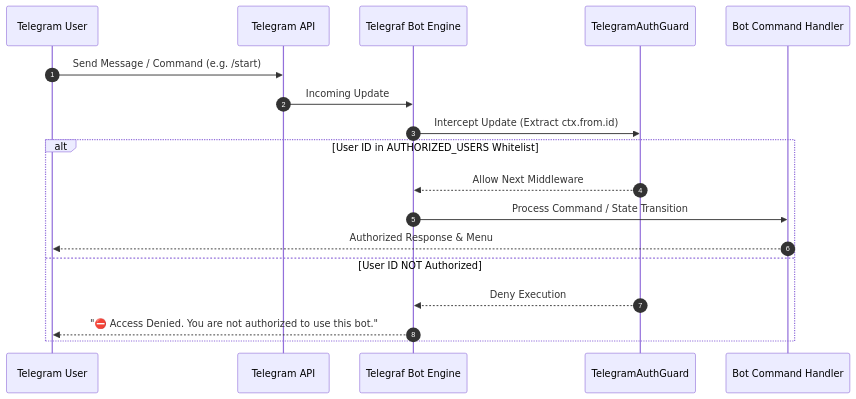
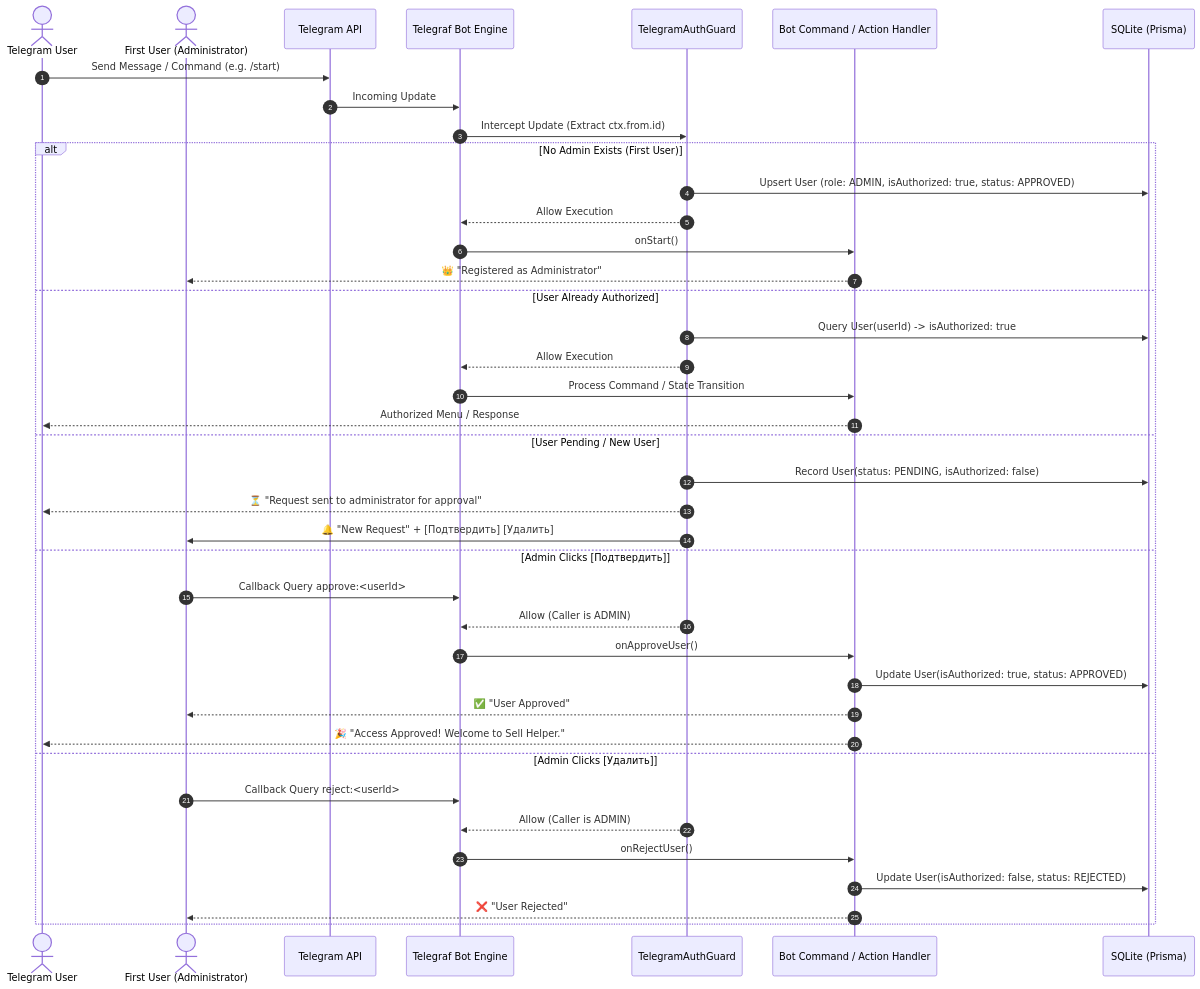
One commit to rokhlin/sell_helper changed the second of 3 diagrams in docs/system_architecture.md. Above: the diagram before and after it, drawn with Mermaid. The commit also changed other lines of this file and 10 other files, not shown here.

Commit message:
feat(telegram): implement dynamic first-admin bootstrapping and user approval flow (CR-001)

````diff
--- a/docs/system_architecture.md
+++ b/docs/system_architecture.md
@@ -57,21 +57,43 @@
 ```mermaid
 sequenceDiagram
     autonumber
-    participant U as Telegram User
+    actor U as Telegram User
+    actor Admin as First User (Administrator)
     participant TG as Telegram API
     participant Bot as Telegraf Bot Engine
     participant Guard as TelegramAuthGuard
-    participant Handler as Bot Command Handler
+    participant Handler as Bot Command / Action Handler
+    participant DB as SQLite (Prisma)
 
     U->>TG: Send Message / Command (e.g. /start)
     TG->>Bot: Incoming Update
     Bot->>Guard: Intercept Update (Extract ctx.from.id)
-    alt User ID in AUTHORIZED_USERS Whitelist
-        Guard-->>Bot: Allow Next Middleware
+    alt No Admin Exists (First User)
+        Guard->>DB: Upsert User (role: ADMIN, isAuthorized: true, status: APPROVED)
+        Guard-->>Bot: Allow Execution
+        Bot->>Handler: onStart()
+        Handler-->>Admin: 👑 "Registered as Administrator"
+    else User Already Authorized
+        Guard->>DB: Query User(userId) -> isAuthorized: true
+        Guard-->>Bot: Allow Execution
         Bot->>Handler: Process Command / State Transition
-        Handler-->>U: Authorized Response & Menu
-    else User ID NOT Authorized
-        Guard-->>Bot: Deny Execution
-        Bot-->>U: "⛔ Access Denied. You are not authorized to use this bot."
+        Handler-->>U: Authorized Menu / Response
+    else User Pending / New User
+        Guard->>DB: Record User(status: PENDING, isAuthorized: false)
+        Guard-->>U: ⏳ "Request sent to administrator for approval"
+        Guard->>Admin: 🔔 "New Request" + [Подтвердить] [Удалить]
+    else Admin Clicks [Подтвердить]
+        Admin->>Bot: Callback Query approve:<userId>
+        Guard-->>Bot: Allow (Caller is ADMIN)
+        Bot->>Handler: onApproveUser()
+        Handler->>DB: Update User(isAuthorized: true, status: APPROVED)
+        Handler-->>Admin: ✅ "User Approved"
+        Handler-->>U: 🎉 "Access Approved! Welcome to Sell Helper."
+    else Admin Clicks [Удалить]
+        Admin->>Bot: Callback Query reject:<userId>
+        Guard-->>Bot: Allow (Caller is ADMIN)
+        Bot->>Handler: onRejectUser()
+        Handler->>DB: Update User(isAuthorized: false, status: REJECTED)
+        Handler-->>Admin: ❌ "User Rejected"
     end
 ```
````
